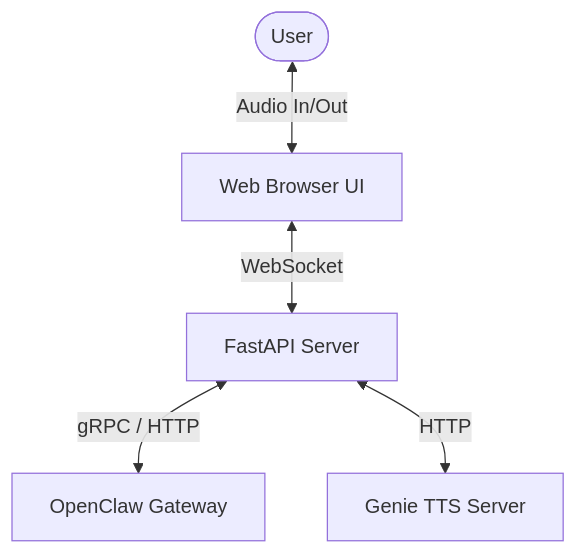
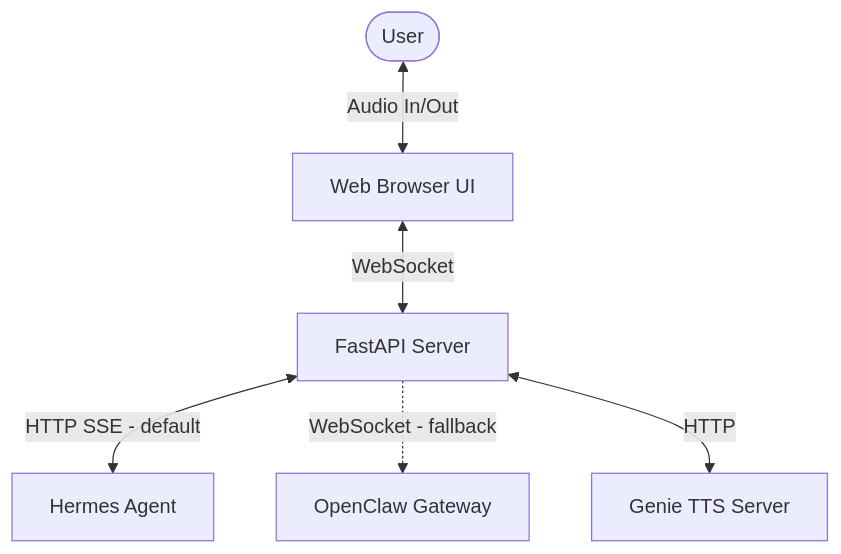
The diagram in README.md (aiden-isaac/vocascade), drawn with Mermaid before and after one commit. The commit also changed other lines of this file, not shown here.

Commit message:
docs(readme): add guide on how to set up with Hermes backend

````diff
--- a/README.md
+++ b/README.md
@@ -17,7 +17,8 @@
 ```mermaid
 graph TD
     User([User]) <-->|Audio In/Out| ClientUI[Web Browser UI]
     ClientUI <-->|WebSocket| Server[FastAPI Server]
-    Server <-->|gRPC / HTTP| OpenClawGateway[OpenClaw Gateway]
+    Server <-->|HTTP SSE - default| HermesAgent[Hermes Agent]
+    Server -.->|WebSocket - fallback| OpenClawGateway[OpenClaw Gateway]
     Server <-->|HTTP| GenieTTS[Genie TTS Server]
 ```
````
